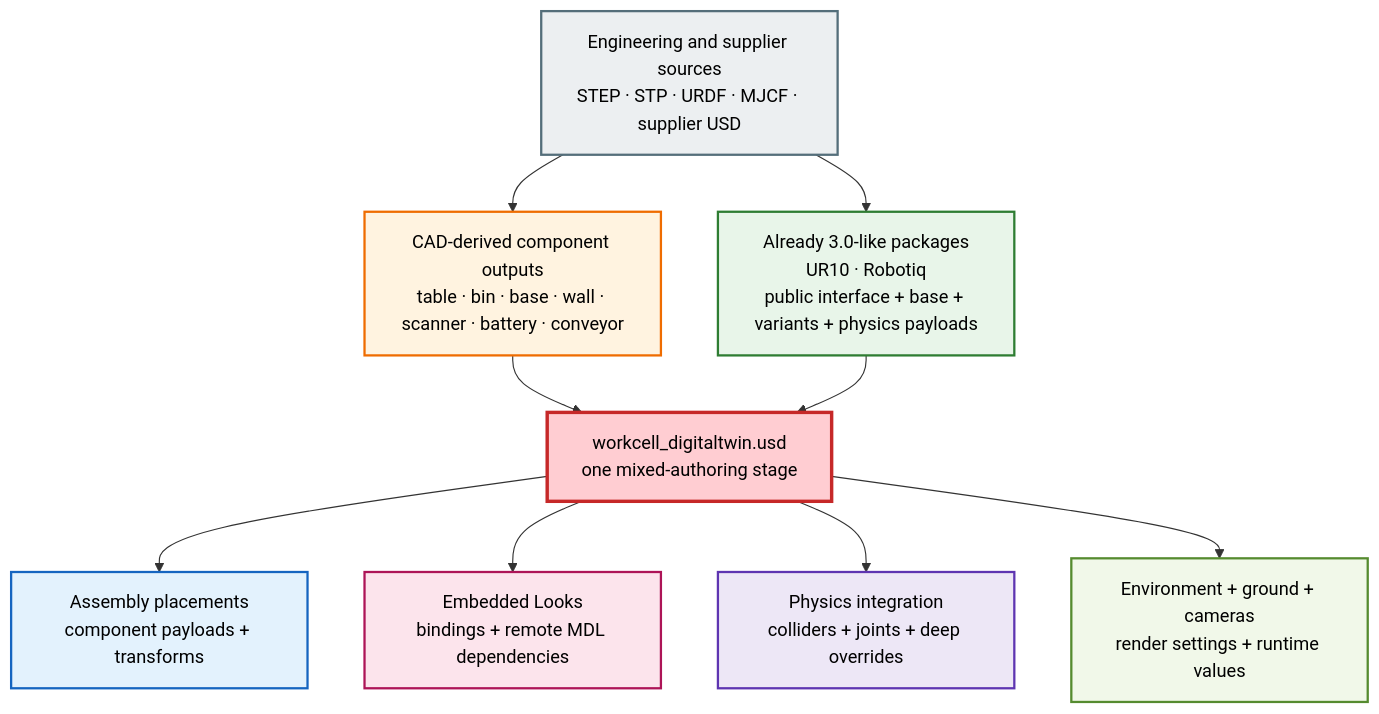
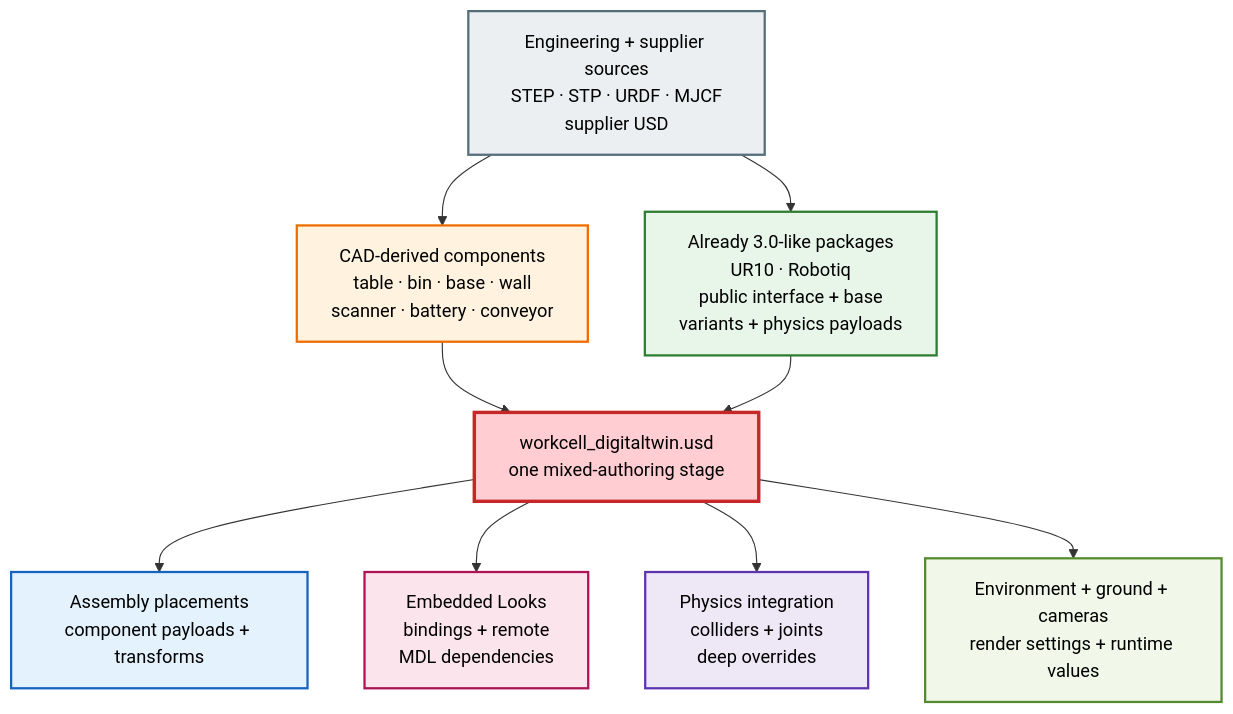
Before and after one commit to jph2/USD_GoodStart: diagram 18 of 21 in WIP_Docs/LAYER_ORDER_REFERENCES_RESEARCH.md, drawn with Mermaid. The commit also changed other lines of this file, not shown here.

Commit message:
Fix Mermaid label clipping in research diagrams

````diff
--- a/WIP_Docs/LAYER_ORDER_REFERENCES_RESEARCH.md
+++ b/WIP_Docs/LAYER_ORDER_REFERENCES_RESEARCH.md
@@ -2247,29 +2256,29 @@
 ```mermaid
 flowchart TB
-    Sources["Engineering and supplier sources<br/>STEP · STP · URDF · MJCF · supplier USD"]
-    CadAssets["CAD-derived component outputs<br/>table · bin · base · wall · scanner · battery · conveyor"]
-    ReadyAssets["Already 3.0-like packages<br/>UR10 · Robotiq<br/>public interface + base + variants + physics payloads"]
+    Sources["Engineering + supplier sources<br/>STEP · STP · URDF · MJCF<br/>supplier USD"]
+    CadAssets["CAD-derived components<br/>table · bin · base · wall<br/>scanner · battery · conveyor"]
+    ReadyAssets["Already 3.0-like packages<br/>UR10 · Robotiq<br/>public interface + base<br/>variants + physics payloads"]
     MixedRoot["workcell_digitaltwin.usd<br/>one mixed-authoring stage"]
     Assembly["Assembly placements<br/>component payloads + transforms"]
-    Looks["Embedded Looks<br/>bindings + remote MDL dependencies"]
-    Physics["Physics integration<br/>colliders + joints + deep overrides"]
+    Looks["Embedded Looks<br/>bindings + remote<br/>MDL dependencies"]
+    Physics["Physics integration<br/>colliders + joints<br/>deep overrides"]
     Scene["Environment + ground + cameras<br/>render settings + runtime values"]
 
     Sources --> CadAssets
     Sources --> ReadyAssets
     CadAssets --> MixedRoot
     ReadyAssets --> MixedRoot
     MixedRoot --> Assembly
     MixedRoot --> Looks
     MixedRoot --> Physics
     MixedRoot --> Scene
 
     style Sources fill:#eceff1,stroke:#546e7a,stroke-width:2px,color:#000
     style CadAssets fill:#fff3e0,stroke:#ef6c00,stroke-width:2px,color:#000
     style ReadyAssets fill:#e8f5e9,stroke:#2e7d32,stroke-width:2px,color:#000
     style MixedRoot fill:#ffcdd2,stroke:#c62828,stroke-width:3px,color:#000
     style Assembly fill:#e3f2fd,stroke:#1565c0,stroke-width:2px,color:#000
     style Looks fill:#fce4ec,stroke:#ad1457,stroke-width:2px,color:#000
     style Physics fill:#ede7f6,stroke:#5e35b1,stroke-width:2px,color:#000
     style Scene fill:#f1f8e9,stroke:#558b2f,stroke-width:2px,color:#000
 ```
````
